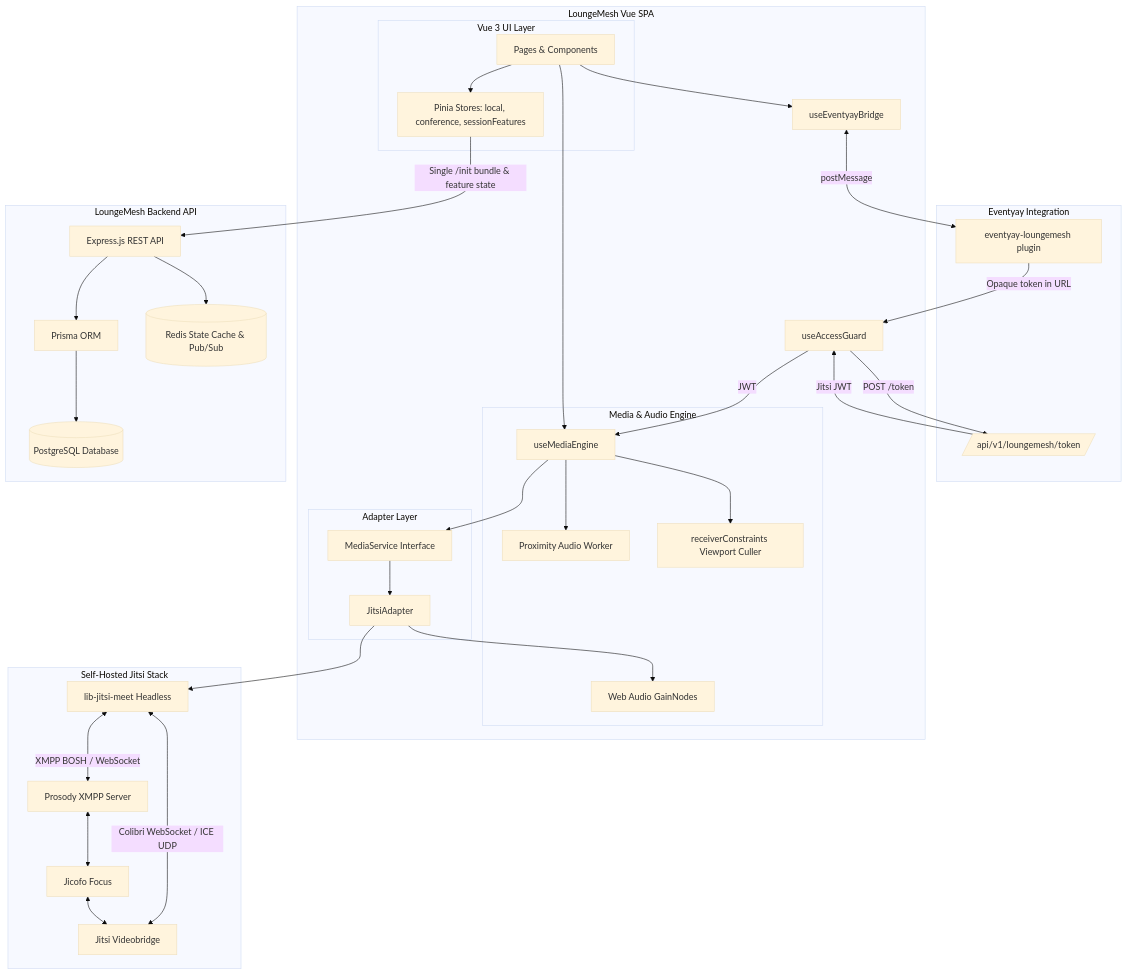
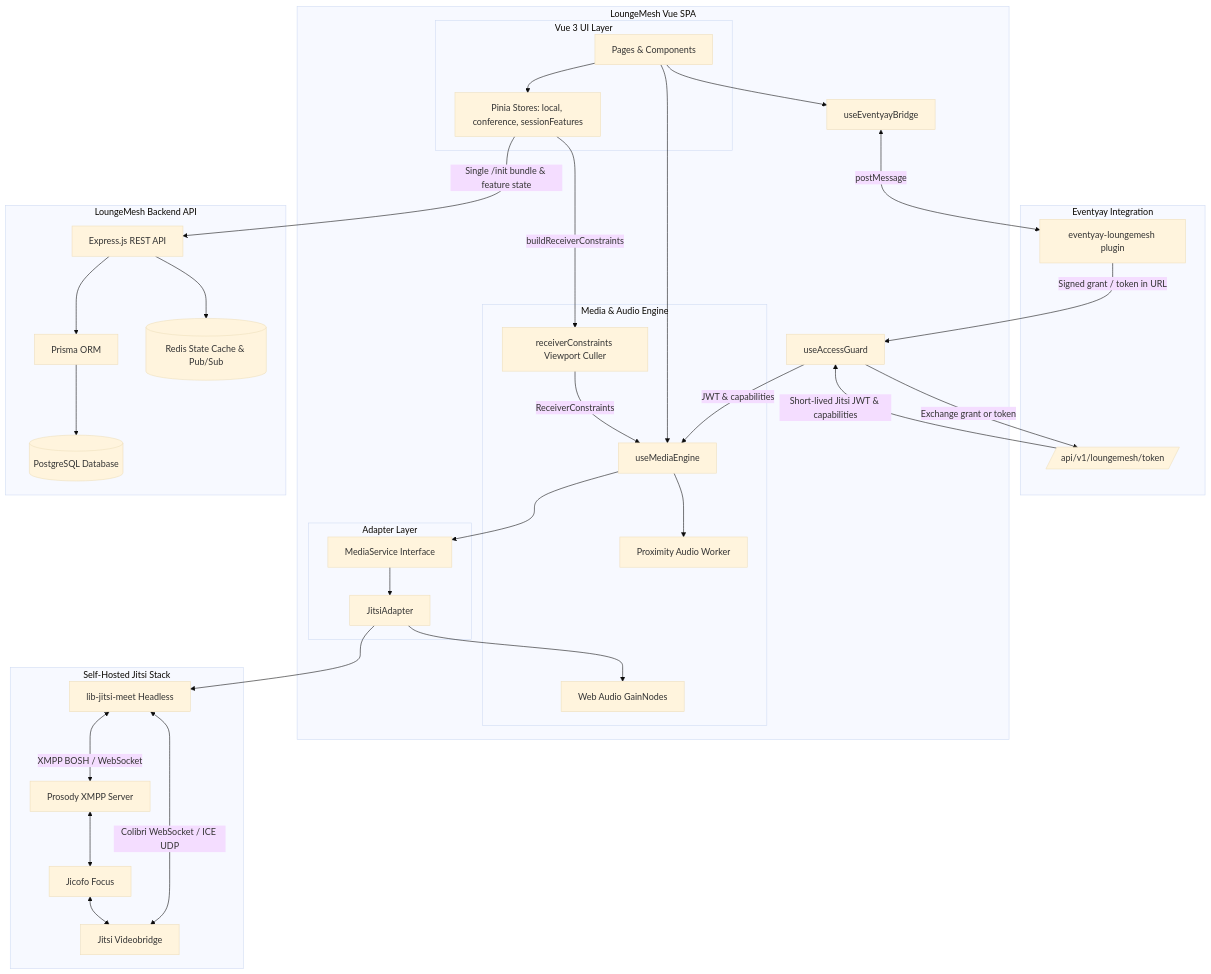
The diagram in docs-site/architecture.md (Saksham-Sirohi/loungemesh), drawn with Mermaid (base theme) before and after one commit. The commit also changed other lines of this file and 8 other files, not shown here.

````diff
--- a/docs-site/architecture.md
+++ b/docs-site/architecture.md
@@ -5,70 +5,71 @@
 ```mermaid
 flowchart TD
   subgraph eventyay [Eventyay Integration]
     Plugin[eventyay-loungemesh plugin]
     PluginAPI[/api/v1/loungemesh/token/]
   end
 
   subgraph frontend [LoungeMesh Vue SPA]
     subgraph vue [Vue 3 UI Layer]
       Pages[Pages & Components]
       Stores[Pinia Stores: local, conference, sessionFeatures]
     end
     AccessGuard[useAccessGuard]
     Bridge[useEventyayBridge]
     subgraph engine [Media & Audio Engine]
       Composable[useMediaEngine]
       Worker[Proximity Audio Worker]
       AudioCtx[Web Audio GainNodes]
       Constraints[receiverConstraints Viewport Culler]
     end
     subgraph adapter [Adapter Layer]
       MediaService[MediaService Interface]
       JitsiAdapter[JitsiAdapter]
     end
   end
 
   subgraph backend [LoungeMesh Backend API]
     Express[Express.js REST API]
     Prisma[Prisma ORM]
     DB[(PostgreSQL Database)]
     Redis[(Redis State Cache & Pub/Sub)]
   end
 
   subgraph media [Self-Hosted Jitsi Stack]
     LibJitsi[lib-jitsi-meet Headless]
     JVB[Jitsi Videobridge]
     Prosody[Prosody XMPP Server]
     Jicofo[Jicofo Focus]
   end
 
   %% Authentication & Token Flow
-  Plugin -->|Opaque token in URL| AccessGuard
-  AccessGuard -->|POST /token| PluginAPI
-  PluginAPI -->|Jitsi JWT| AccessGuard
-  AccessGuard -->|JWT| Composable
+  Plugin -->|Signed grant / token in URL| AccessGuard
+  AccessGuard -->|Exchange grant or token| PluginAPI
+  PluginAPI -->|Short-lived Jitsi JWT & capabilities| AccessGuard
+  AccessGuard -->|JWT & capabilities| Composable
 
   %% Frontend Internal Wiring
   Pages --> Stores
   Pages --> Composable
   Pages --> Bridge
+  Stores -->|buildReceiverConstraints| Constraints
+  Constraints -->|ReceiverConstraints| Composable
   Composable --> MediaService
   Composable --> Worker
-  Composable --> Constraints
   MediaService --> JitsiAdapter
   JitsiAdapter --> AudioCtx
   JitsiAdapter --> LibJitsi
   Bridge <-->|postMessage| Plugin
 
   %% Frontend to Backend API Flow
   Stores -->|Single /init bundle & feature state| Express
   Express --> Prisma
   Express --> Redis
   Prisma --> DB
 
   %% WebRTC & Signaling Flow
   LibJitsi <-->|XMPP BOSH / WebSocket| Prosody
   LibJitsi <-->|Colibri WebSocket / ICE UDP| JVB
   Prosody <--> Jicofo
   Jicofo <--> JVB
 ```
````
